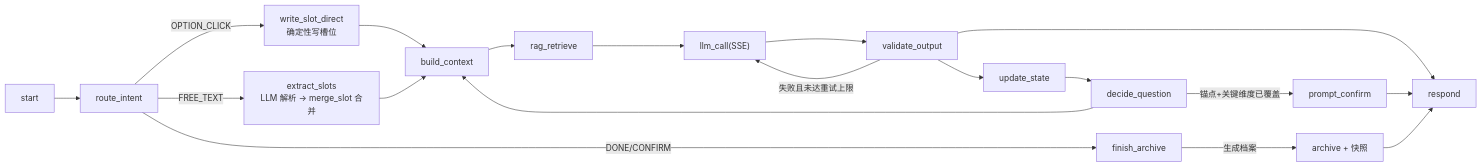
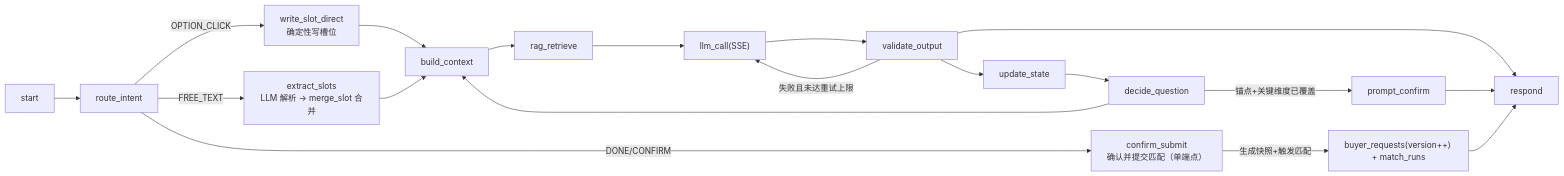
One commit to ivgotcrazy/xmsn-demo changed the first of 4 diagrams in doc/系统/代理详细设计.md. Above: the diagram before and after it, drawn with Mermaid. The commit also changed other lines of this file and 25 other files, not shown here.

````diff
--- a/doc/系统/代理详细设计.md
+++ b/doc/系统/代理详细设计.md
@@ -189,21 +189,21 @@
 ```mermaid
 graph LR
     START["start"] --> ROUTE["route_intent"]
     ROUTE -->|"OPTION_CLICK"| DIRECT["write_slot_direct<br/>确定性写槽位"]
     ROUTE -->|"FREE_TEXT"| EXTRACT["extract_slots<br/>LLM 解析 → merge_slot 合并"]
-    ROUTE -->|"DONE/CONFIRM"| FINISH["finish_archive"]
+    ROUTE -->|"DONE/CONFIRM"| CONF["confirm_submit<br/>确认并提交匹配（单端点）"]
     DIRECT --> CTX
     EXTRACT --> CTX["build_context"]
     CTX --> RAG["rag_retrieve"]
     RAG --> LLM["llm_call(SSE)"]
     LLM --> VAL["validate_output"]
     VAL -->|"失败且未达重试上限"| LLM
     VAL --> RESP["respond"]
     VAL --> UPDATE["update_state"]
     UPDATE --> DECIDE["decide_question"]
     DECIDE --> CTX
     DECIDE -->|"锚点+关键维度已覆盖"| PC["prompt_confirm"]
     PC --> RESP
-    FINISH -->|"生成档案"| ARCH["archive + 快照"]
-    ARCH --> RESP
+    CONF -->|"生成快照+触发匹配"| SNAP["buyer_requests(version++) + match_runs"]
+    SNAP --> RESP
 ```
````
